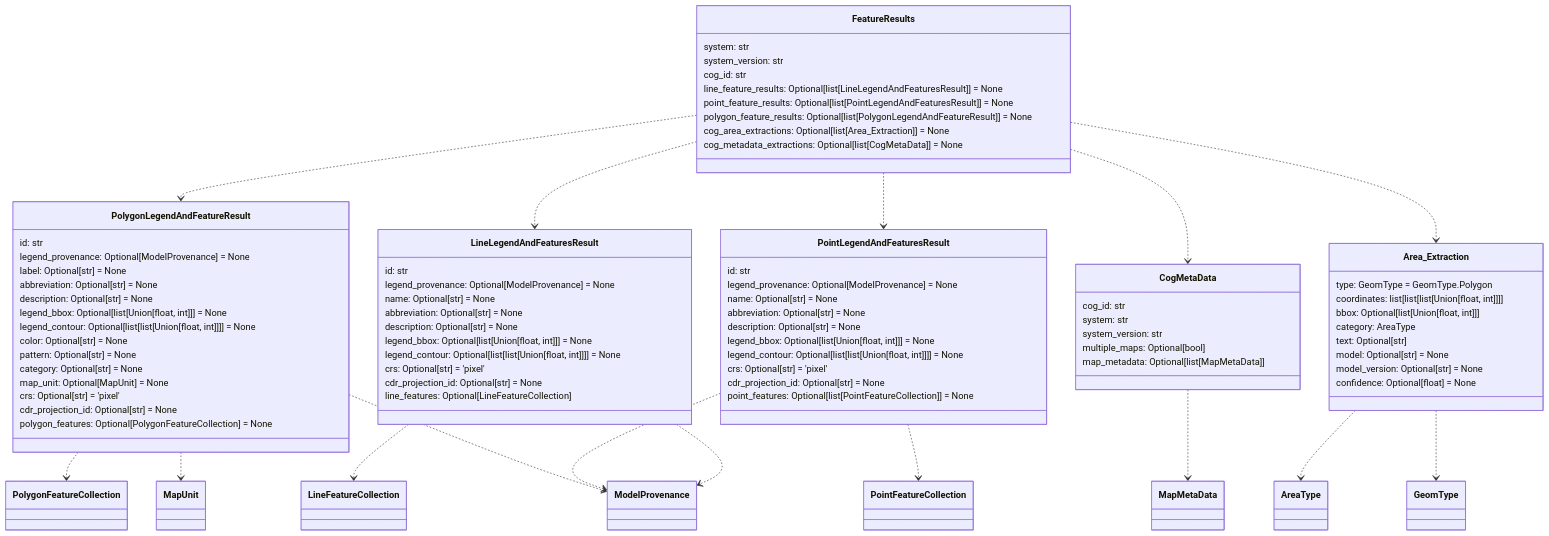
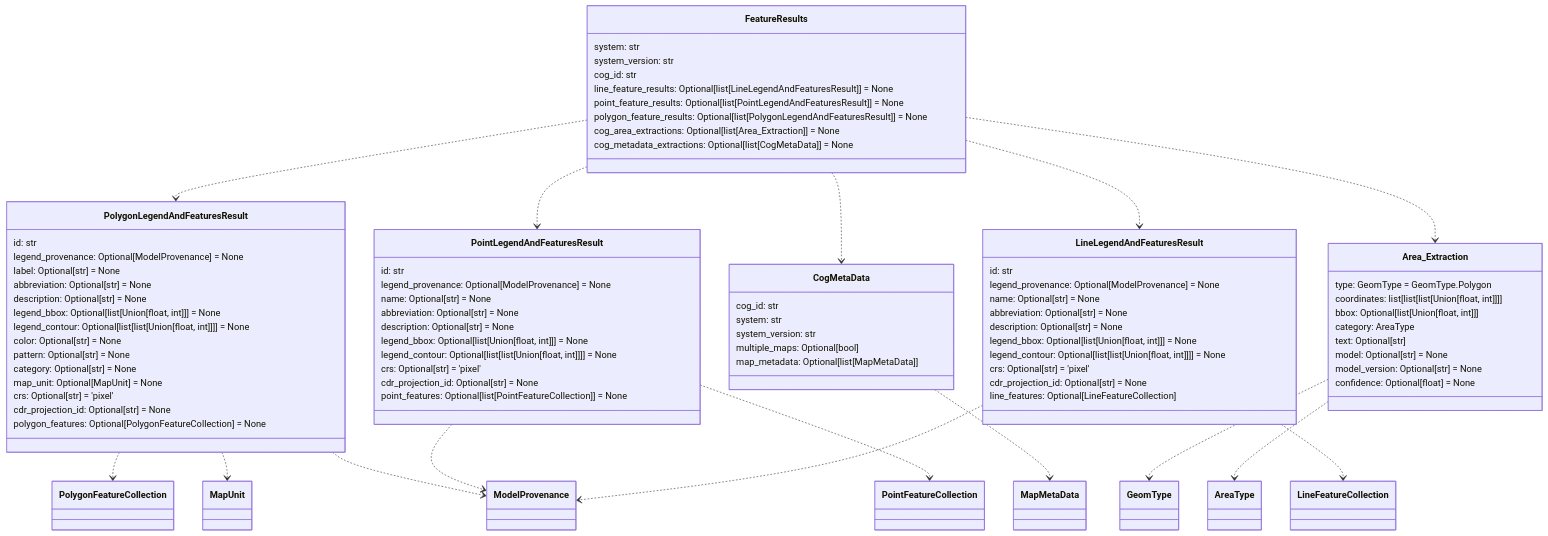
One commit to DARPA-CRITICALMAAS/cdr_schemas changed the fourth of 12 diagrams in README.md. Above: the diagram before and after it, drawn with Mermaid. The commit also changed other lines of this file, not shown here.

````diff
--- a/README.md
+++ b/README.md
@@ -254,20 +251,7 @@
 ```mermaid
 classDiagram
 
-    class LineLegendAndFeaturesResult {
-        id: str
-        legend_provenance: Optional[ModelProvenance] = None
-        name: Optional[str] = None
-        abbreviation: Optional[str] = None
-        description: Optional[str] = None
-        legend_bbox: Optional[list[Union[float, int]]] = None
-        legend_contour: Optional[list[list[Union[float, int]]]] = None
-        crs: Optional[str] = 'pixel'
-        cdr_projection_id: Optional[str] = None
-        line_features: Optional[LineFeatureCollection]
-    }
-
-    class PolygonLegendAndFeatureResult {
+    class PolygonLegendAndFeaturesResult {
         id: str
         legend_provenance: Optional[ModelProvenance] = None
         label: Optional[str] = None
@@ -297,23 +281,23 @@
         point_features: Optional[list[PointFeatureCollection]] = None
     }
 
+    class CogMetaData {
+        cog_id: str
+        system: str
+        system_version: str
+        multiple_maps: Optional[bool]
+        map_metadata: Optional[list[MapMetaData]]
+    }
+
     class FeatureResults {
         system: str
         system_version: str
         cog_id: str
         line_feature_results: Optional[list[LineLegendAndFeaturesResult]] = None
         point_feature_results: Optional[list[PointLegendAndFeaturesResult]] = None
-        polygon_feature_results: Optional[list[PolygonLegendAndFeatureResult]] = None
+        polygon_feature_results: Optional[list[PolygonLegendAndFeaturesResult]] = None
         cog_area_extractions: Optional[list[Area_Extraction]] = None
         cog_metadata_extractions: Optional[list[CogMetaData]] = None
-    }
-
-    class CogMetaData {
-        cog_id: str
-        system: str
-        system_version: str
-        multiple_maps: Optional[bool]
-        map_metadata: Optional[list[MapMetaData]]
     }
 
     class Area_Extraction {
@@ -327,21 +311,34 @@
         confidence: Optional[float] = None
     }
 
+    class LineLegendAndFeaturesResult {
+        id: str
+        legend_provenance: Optional[ModelProvenance] = None
+        name: Optional[str] = None
+        abbreviation: Optional[str] = None
+        description: Optional[str] = None
+        legend_bbox: Optional[list[Union[float, int]]] = None
+        legend_contour: Optional[list[list[Union[float, int]]]] = None
+        crs: Optional[str] = 'pixel'
+        cdr_projection_id: Optional[str] = None
+        line_features: Optional[LineFeatureCollection]
+    }
+
+    Area_Extraction ..> GeomType
     Area_Extraction ..> AreaType
-    Area_Extraction ..> GeomType
+    LineLegendAndFeaturesResult ..> ModelProvenance
     LineLegendAndFeaturesResult ..> LineFeatureCollection
-    LineLegendAndFeaturesResult ..> ModelProvenance
+    PointLegendAndFeaturesResult ..> ModelProvenance
     PointLegendAndFeaturesResult ..> PointFeatureCollection
-    PointLegendAndFeaturesResult ..> ModelProvenance
-    PolygonLegendAndFeatureResult ..> PolygonFeatureCollection
-    PolygonLegendAndFeatureResult ..> ModelProvenance
-    PolygonLegendAndFeatureResult ..> MapUnit
+    PolygonLegendAndFeaturesResult ..> ModelProvenance
+    PolygonLegendAndFeaturesResult ..> PolygonFeatureCollection
+    PolygonLegendAndFeaturesResult ..> MapUnit
     CogMetaData ..> MapMetaData
-    FeatureResults ..> PolygonLegendAndFeatureResult
-    FeatureResults ..> LineLegendAndFeaturesResult
+    FeatureResults ..> PolygonLegendAndFeaturesResult
     FeatureResults ..> PointLegendAndFeaturesResult
     FeatureResults ..> CogMetaData
     FeatureResults ..> Area_Extraction
+    FeatureResults ..> LineLegendAndFeaturesResult
 
 
 ```
````
